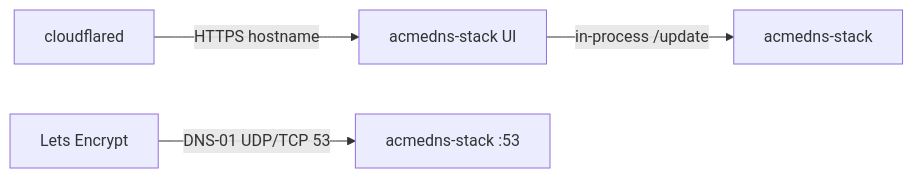
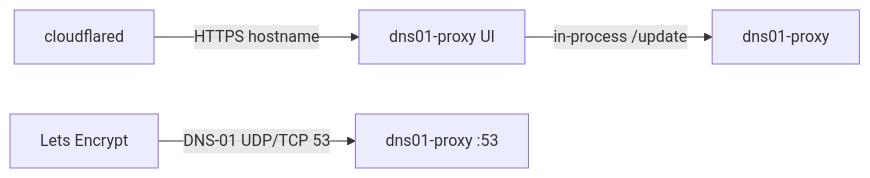
One commit to HariantoAtWork/dns01-proxy changed the first of 2 diagrams in .wiki/Home.md. Above: the diagram before and after it, drawn with Mermaid. The commit also changed other lines of this file and 485 other files, not shown here.

First line of the commit message:
Rename acmedns-stack to dns01-proxy and fix paths.

````diff
--- a/.wiki/Home.md
+++ b/.wiki/Home.md
@@ -20,6 +20,6 @@
 ```mermaid
 flowchart LR
-  UI[acmedns-stack UI] -->|in-process /update| API[acmedns-stack]
-  LE[Lets Encrypt] -->|DNS-01 UDP/TCP 53| DNS[acmedns-stack :53]
+  UI[dns01-proxy UI] -->|in-process /update| API[dns01-proxy]
+  LE[Lets Encrypt] -->|DNS-01 UDP/TCP 53| DNS[dns01-proxy :53]
   Tunnel[cloudflared] -->|HTTPS hostname| UI
 ```
````
